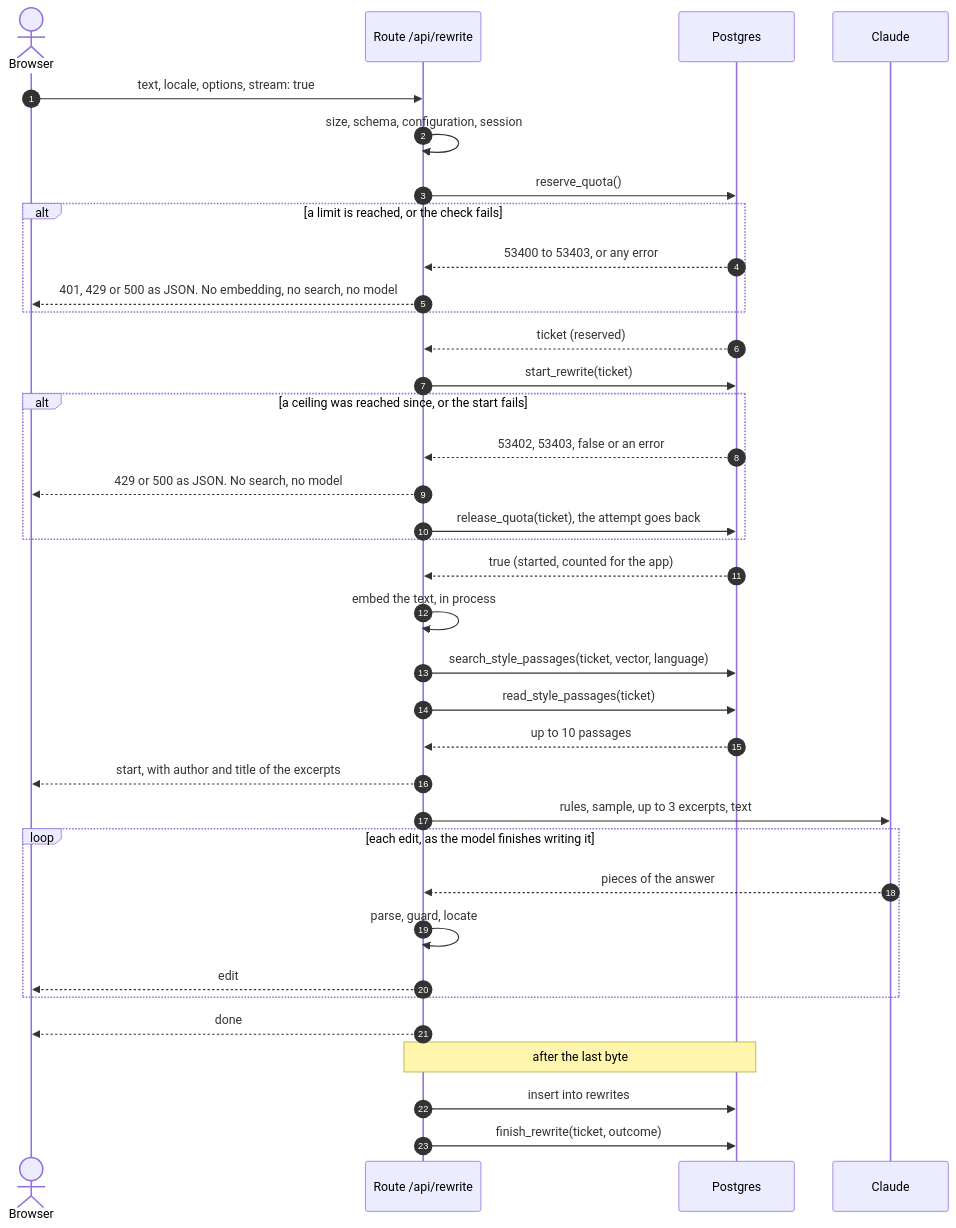
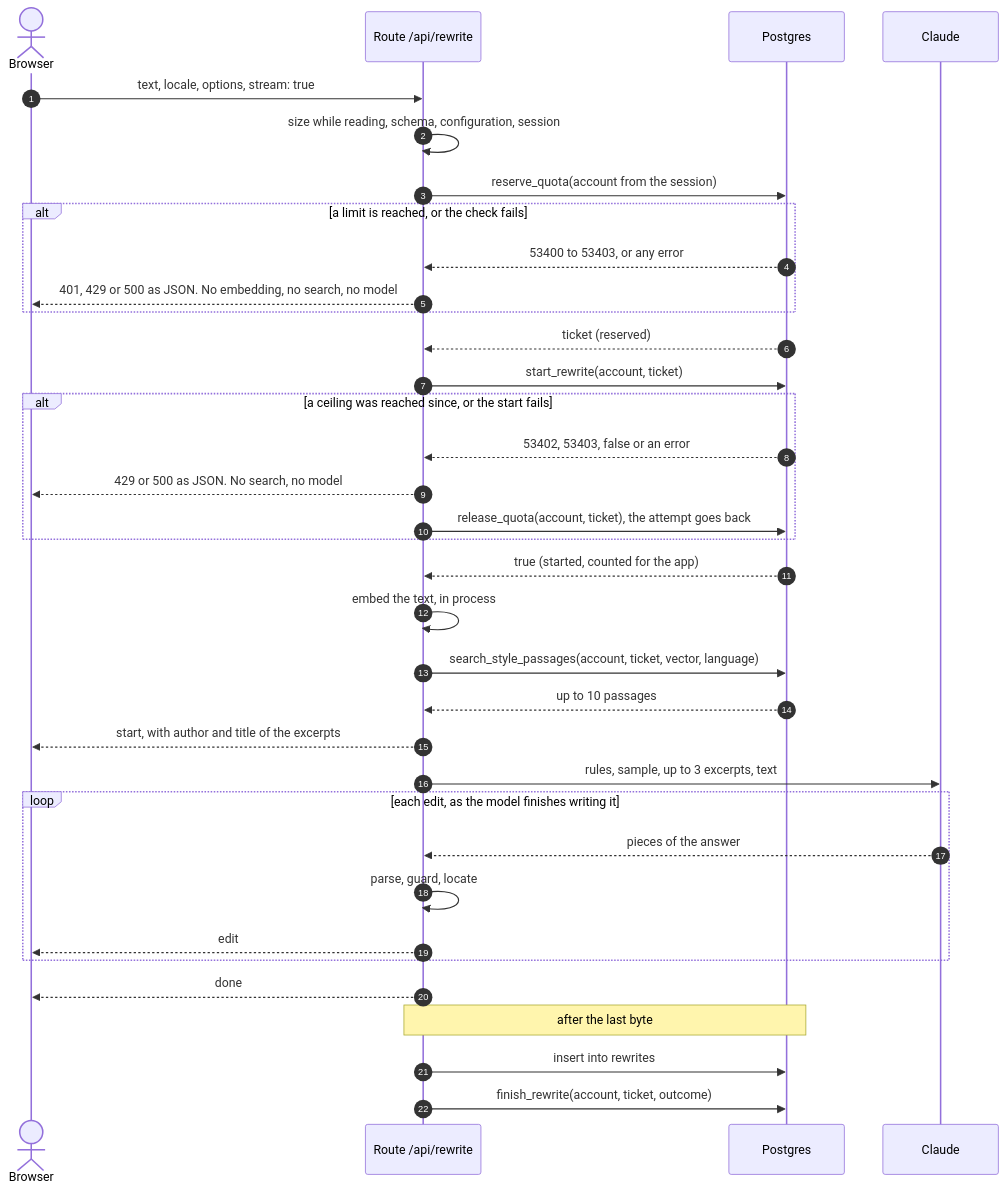
One commit to Azekf11/IA_Writing changed the second of 3 diagrams in docs/ARCHITECTURE.md. Above: the diagram before and after it, drawn with Mermaid. The commit also changed other lines of this file and 4 other files, not shown here.

````diff
--- a/docs/ARCHITECTURE.md
+++ b/docs/ARCHITECTURE.md
@@ -59,39 +59,38 @@
 ```mermaid
 sequenceDiagram
     autonumber
     actor B as Browser
     participant R as Route /api/rewrite
     participant DB as Postgres
     participant M as Claude
 
     B->>R: text, locale, options, stream: true
-    R->>R: size, schema, configuration, session
-    R->>DB: reserve_quota()
+    R->>R: size while reading, schema, configuration, session
+    R->>DB: reserve_quota(account from the session)
     alt a limit is reached, or the check fails
         DB-->>R: 53400 to 53403, or any error
         R-->>B: 401, 429 or 500 as JSON. No embedding, no search, no model
     end
     DB-->>R: ticket (reserved)
-    R->>DB: start_rewrite(ticket)
+    R->>DB: start_rewrite(account, ticket)
     alt a ceiling was reached since, or the start fails
         DB-->>R: 53402, 53403, false or an error
         R-->>B: 429 or 500 as JSON. No search, no model
-        R->>DB: release_quota(ticket), the attempt goes back
+        R->>DB: release_quota(account, ticket), the attempt goes back
     end
     DB-->>R: true (started, counted for the app)
     R->>R: embed the text, in process
-    R->>DB: search_style_passages(ticket, vector, language)
-    R->>DB: read_style_passages(ticket)
+    R->>DB: search_style_passages(account, ticket, vector, language)
     DB-->>R: up to 10 passages
     R-->>B: start, with author and title of the excerpts
     R->>M: rules, sample, up to 3 excerpts, text
     loop each edit, as the model finishes writing it
         M-->>R: pieces of the answer
         R->>R: parse, guard, locate
         R-->>B: edit
     end
     R-->>B: done
     Note over R,DB: after the last byte
     R->>DB: insert into rewrites
-    R->>DB: finish_rewrite(ticket, outcome)
+    R->>DB: finish_rewrite(account, ticket, outcome)
 ```
````
